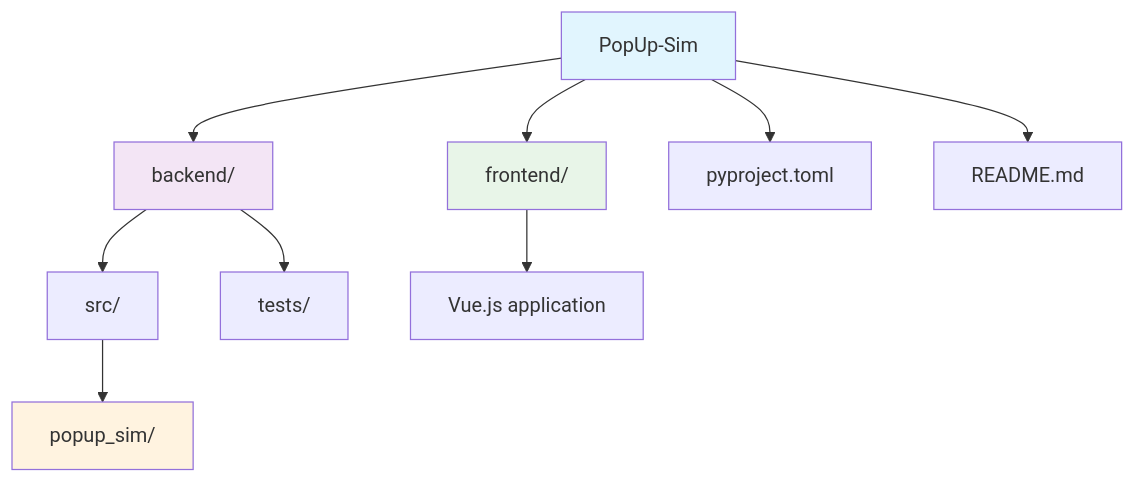
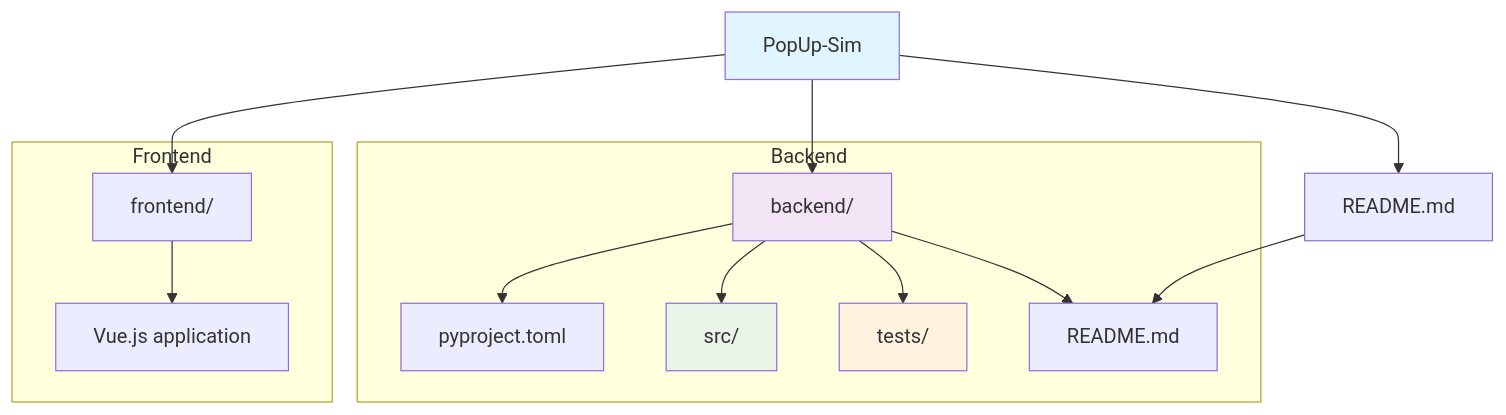
One commit to OpenRailAssociation/dac-migration-dss-popupsim changed the diagram in popupsim/backend/README.md. Above: the diagram before and after it, drawn with Mermaid. The commit also changed other lines of this file and 2 other files, not shown here.

Commit message:
chore: update readme diagram and uv sources

````diff
--- a/popupsim/backend/README.md
+++ b/popupsim/backend/README.md
@@ -113,18 +113,25 @@
 ```mermaid
 graph TD
     A[PopUp-Sim] --> B[backend/]
     A --> C[frontend/]
-    A --> D[pyproject.toml]
     A --> E[README.md]
 
-    B --> F[src/]
-    B --> G[tests/]
-    F --> H[popup_sim/]
+    subgraph Backend
+        B --> D[pyproject.toml]
+        B --> F[src/]
+        B --> G[tests/]
+        B --> I[README.md]
+    end
 
-    C --> I[Vue.js application]
+    subgraph Frontend
+        C --> J[Vue.js application]
+    end
+
+    E --> I
 
     style A fill:#e1f5fe
     style B fill:#f3e5f5
-    style C fill:#e8f5e8
-    style H fill:#fff3e0
+    style F fill:#e8f5e8
+    style G fill:#fff3e0
+
 ```
````
